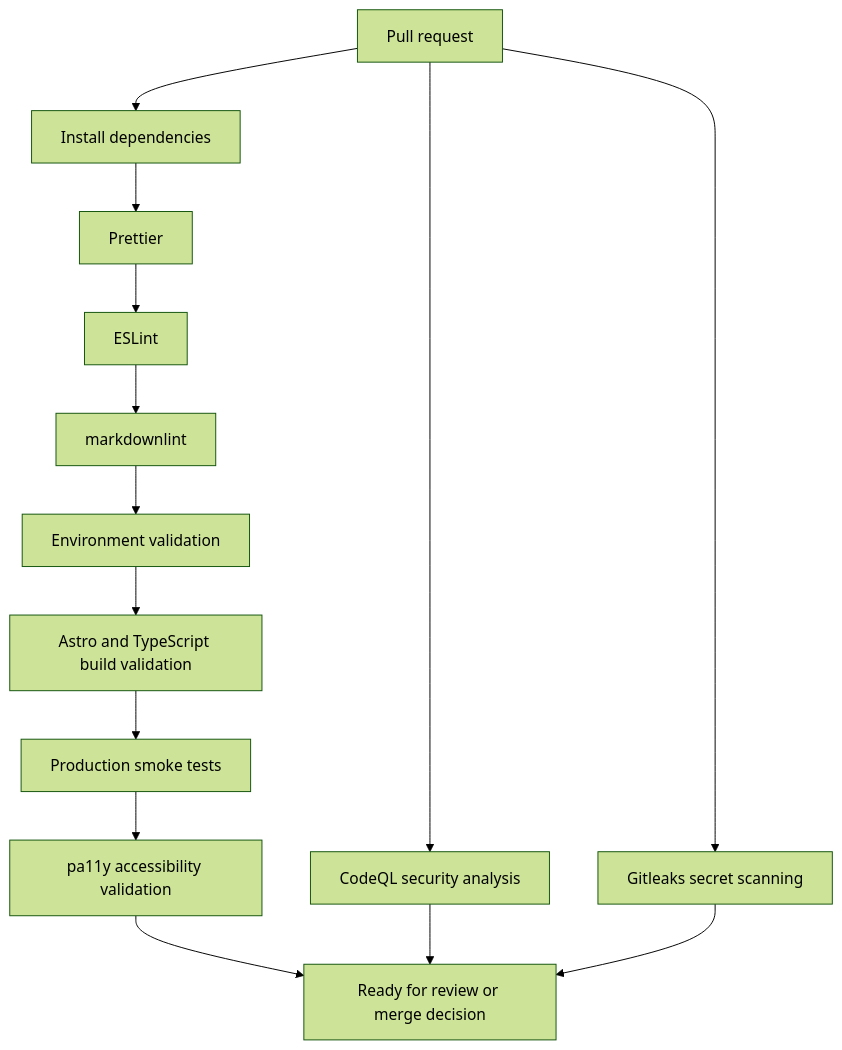
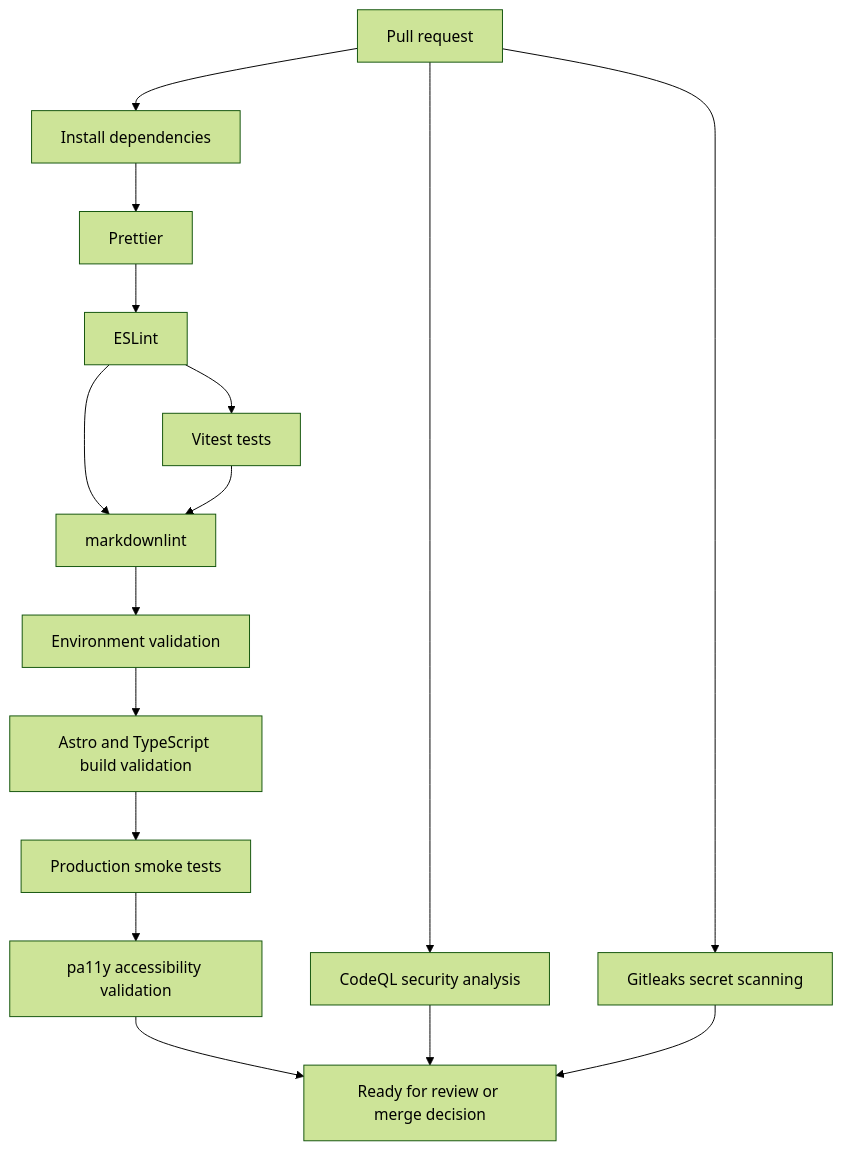
Before and after one commit to neibaur/domain-placeholder-platform: the diagram in docs/governance.md, drawn with Mermaid (forest theme). The commit also changed other lines of this file and 7 other files, not shown here.

````diff
--- a/docs/governance.md
+++ b/docs/governance.md
@@ -69,16 +69,18 @@
 ```mermaid
 flowchart TD
   pr[Pull request] --> install[Install dependencies]
   install --> format[Prettier]
   format --> lint[ESLint]
   lint --> markdown[markdownlint]
+  lint --> tests[Vitest tests]
+  tests --> markdown
   markdown --> env[Environment validation]
   env --> build[Astro and TypeScript build validation]
   build --> smoke[Production smoke tests]
   smoke --> a11y[pa11y accessibility validation]
   a11y --> ready[Ready for review or merge decision]
   pr --> codeql[CodeQL security analysis]
   codeql --> ready
   pr --> gitleaks[Gitleaks secret scanning]
   gitleaks --> ready
 ```
````
